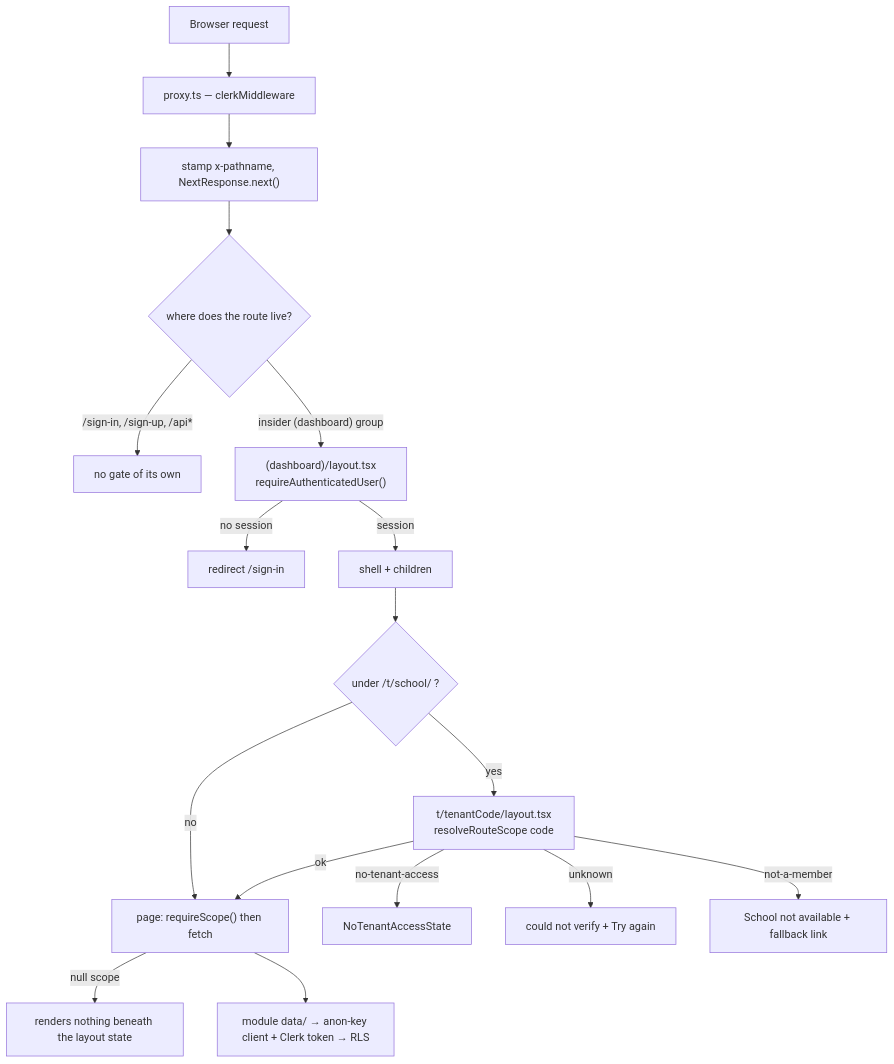
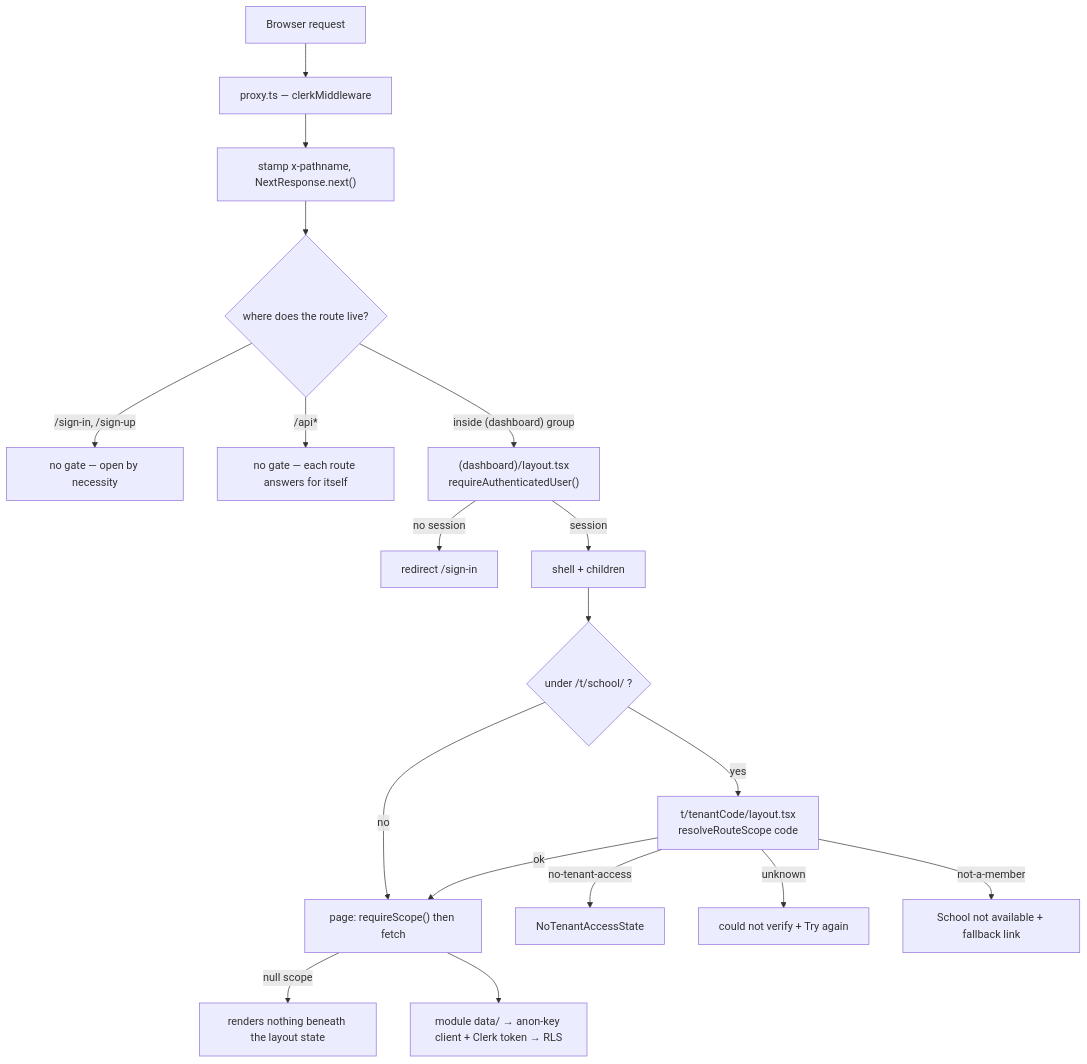
The diagram in openwiki/architecture/nextjs-routing-and-request-path.md (shuakyle21/tesda-compliance-manager), drawn with Mermaid before and after one commit. The commit also changed other lines of this file and 48 other files, not shown here.

````diff
--- a/openwiki/architecture/nextjs-routing-and-request-path.md
+++ b/openwiki/architecture/nextjs-routing-and-request-path.md
@@ -29,24 +109,25 @@
 ```mermaid
 flowchart TD
     Req["Browser request"] --> Proxy["proxy.ts — clerkMiddleware"]
     Proxy --> Stamp["stamp x-pathname, NextResponse.next()"]
     Stamp --> Where{"where does the route live?"}
 
-    Where -->|"/sign-in, /sign-up, /api*"| Open["no gate of its own"]
-    Where -->|"insider (dashboard) group"| Gate
+    Where -->|"/sign-in, /sign-up"| Open["no gate — open by necessity"]
+    Where -->|"/api*"| Api["no gate — each route answers for itself"]
+    Where -->|"inside (dashboard) group"| Gate
 
     Gate["(dashboard)/layout.tsx<br/>requireAuthenticatedUser()"] -->|no session| SignIn["redirect /sign-in"]
     Gate -->|session| Shell["shell + children"]
 
     Shell --> Scoped{"under /t/school/ ?"}
     Scoped -->|yes| Seg["t/tenantCode/layout.tsx<br/>resolveRouteScope code"]
     Scoped -->|no| Page
 
     Seg -->|ok| Page["page: requireScope() then fetch"]
     Seg -->|no-tenant-access| S1["NoTenantAccessState"]
     Seg -->|unknown| S2["could not verify + Try again"]
     Seg -->|not-a-member| S3["School not available + fallback link"]
 
     Page -->|"null scope"| Nothing["renders nothing beneath the layout state"]
     Page --> Data["module data/ → anon-key client + Clerk token → RLS"]
 ```
````
